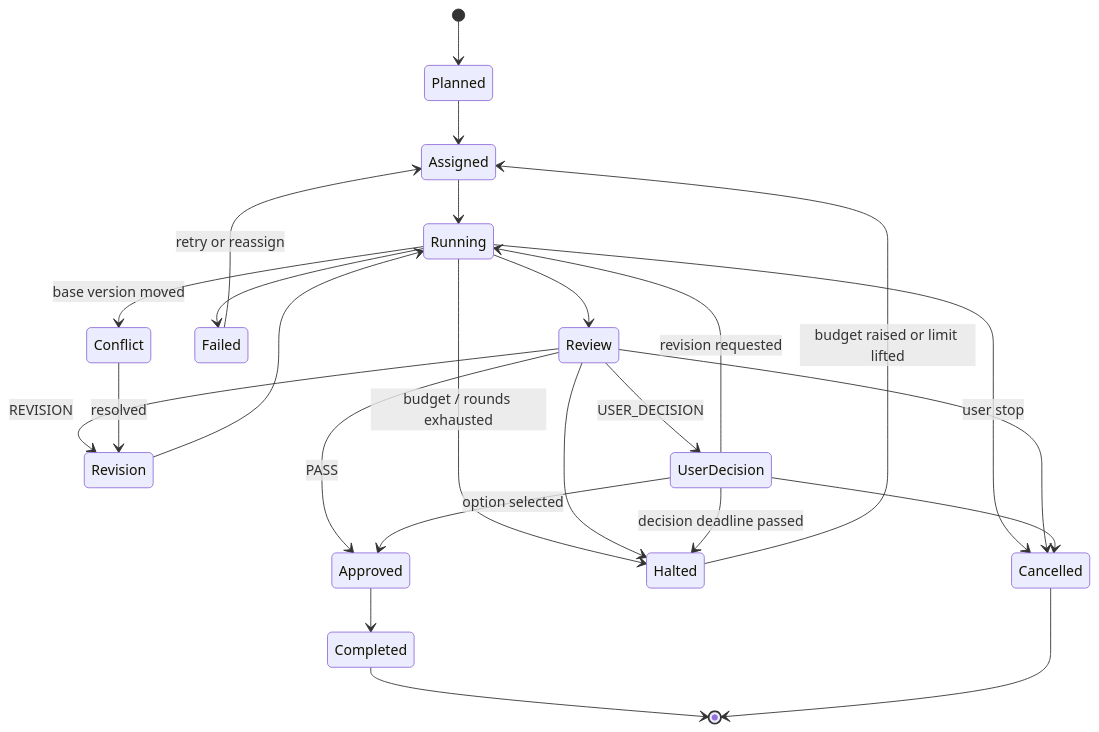
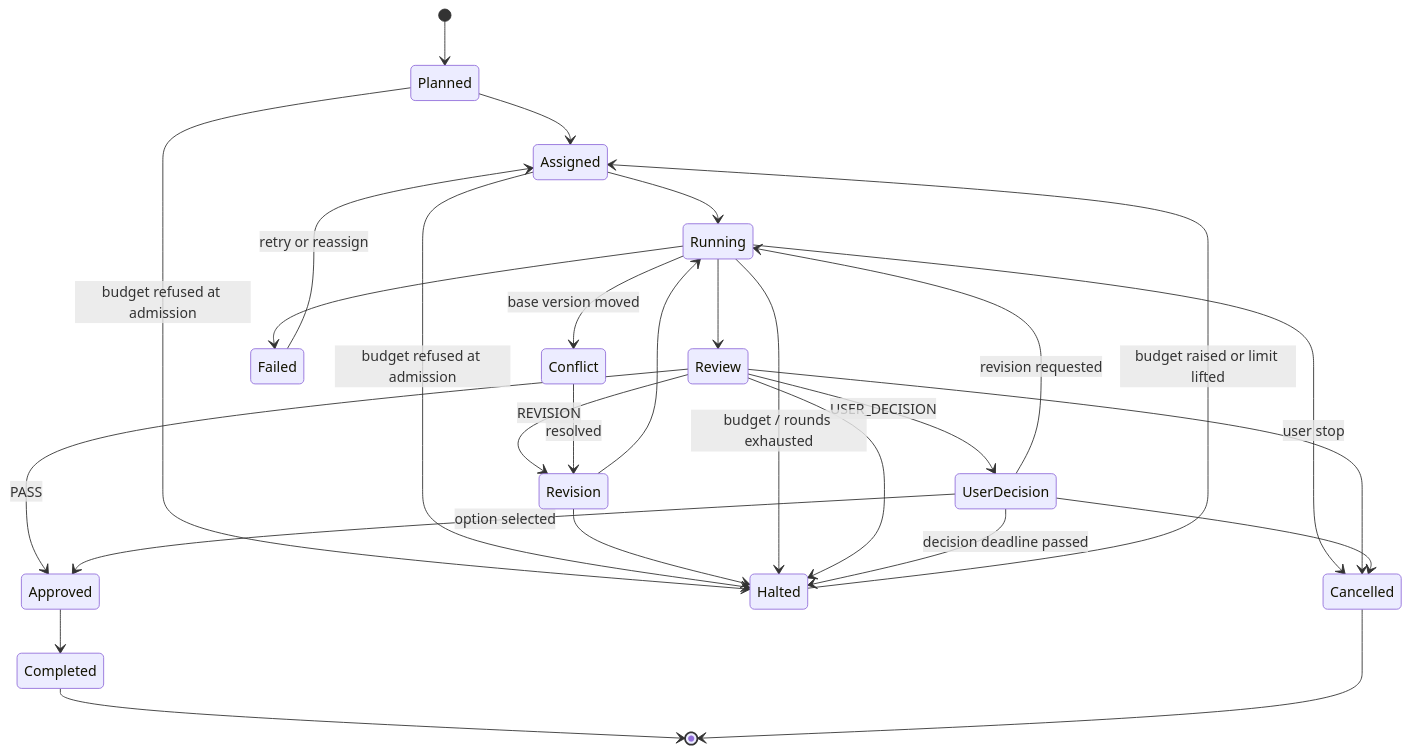
The diagram in docs/modelroom/spec-v1.1.md (theyhan/they-their.com.github.io), drawn with Mermaid before and after one commit. The commit also changed other lines of this file and 32 other files, not shown here.

````diff
--- a/docs/modelroom/spec-v1.1.md
+++ b/docs/modelroom/spec-v1.1.md
@@ -145,27 +147,30 @@
 ```mermaid
 stateDiagram-v2
     [*] --> Planned
     Planned --> Assigned
     Assigned --> Running
     Running --> Review
     Running --> Failed
     Running --> Conflict: base version moved
     Review --> Revision: REVISION
     Review --> UserDecision: USER_DECISION
     Review --> Approved: PASS
     Revision --> Running
     UserDecision --> Running: revision requested
     UserDecision --> Approved: option selected
     Conflict --> Revision: resolved
     Failed --> Assigned: retry or reassign
     Approved --> Completed
+    Planned --> Halted: budget refused at admission
+    Assigned --> Halted: budget refused at admission
+    Revision --> Halted
     Running --> Halted: budget / rounds exhausted
     Review --> Halted
     UserDecision --> Halted: decision deadline passed
     Halted --> Assigned: budget raised or limit lifted
     Running --> Cancelled: user stop
     Review --> Cancelled
     UserDecision --> Cancelled
     Completed --> [*]
     Cancelled --> [*]
 ```
````
